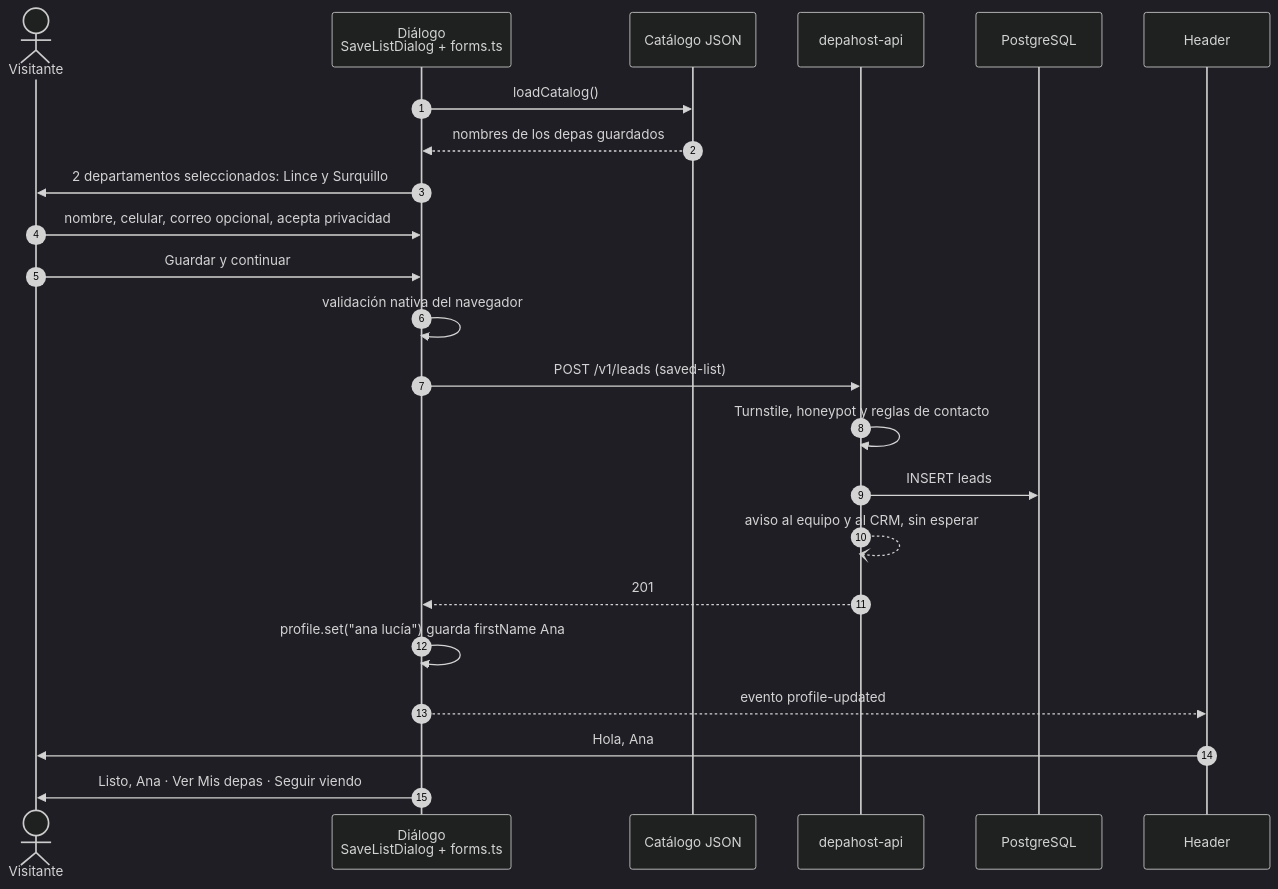
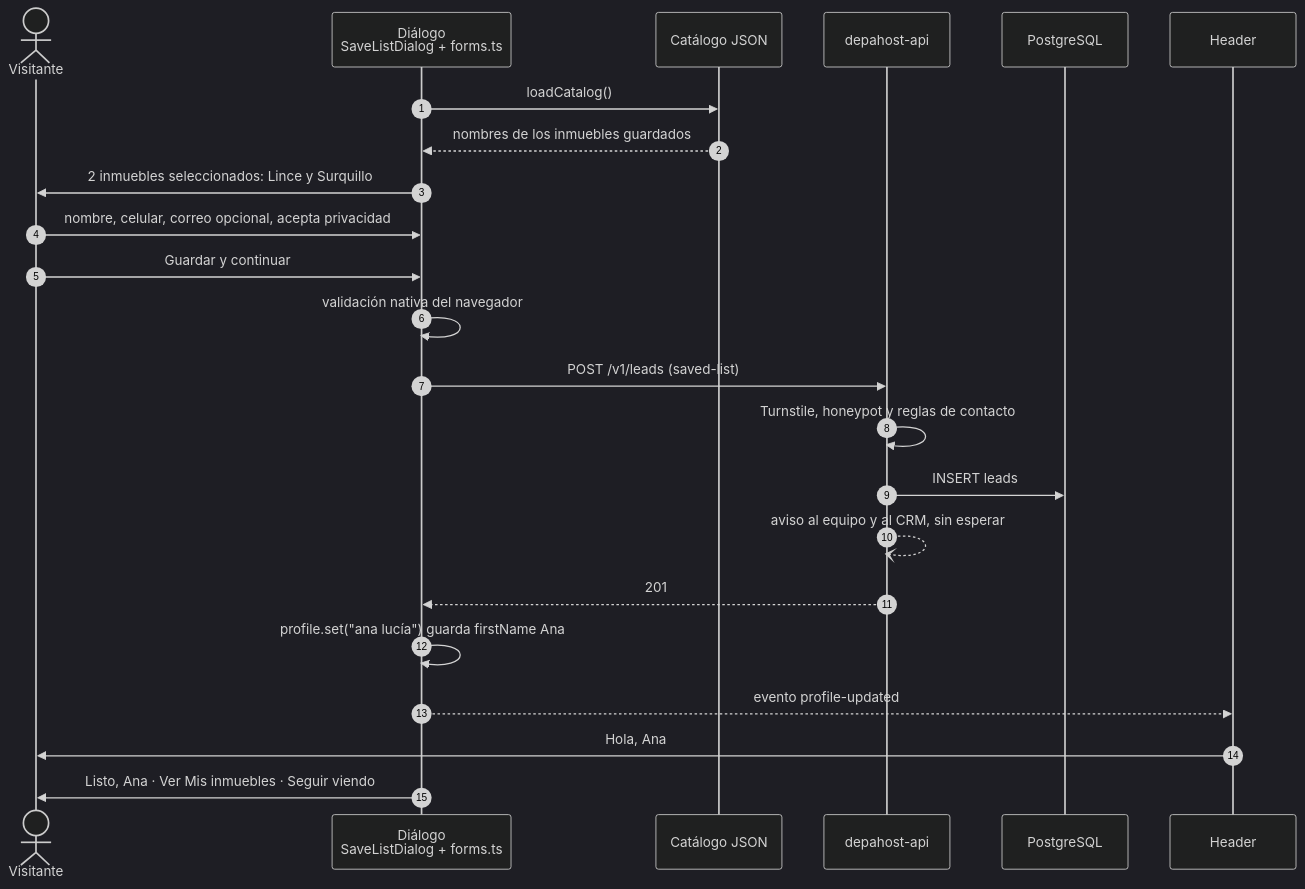
One commit to samirharrytl/DHC_landing changed the eighth of 18 diagrams in docs/plataforma/05-flujos.md. Above: the diagram before and after it, drawn with Mermaid (dark theme). The commit also changed other lines of this file and 72 other files, not shown here.

First line of the commit message:
Fuente Poppins como depahostperu.com, "Mis depas" pasa a "Mis inmuebles" y cambios en API y panel

````diff
--- a/docs/plataforma/05-flujos.md
+++ b/docs/plataforma/05-flujos.md
@@ -290,26 +290,26 @@
 ```mermaid
 sequenceDiagram
     autonumber
     actor V as Visitante
     participant D as Diálogo<br/>SaveListDialog + forms.ts
     participant CAT as Catálogo JSON
     participant API as depahost-api
     participant DB as PostgreSQL
     participant HD as Header
 
     D->>CAT: loadCatalog()
-    CAT-->>D: nombres de los depas guardados
-    D->>V: 2 departamentos seleccionados: Lince y Surquillo
+    CAT-->>D: nombres de los inmuebles guardados
+    D->>V: 2 inmuebles seleccionados: Lince y Surquillo
     V->>D: nombre, celular, correo opcional, acepta privacidad
     V->>D: Guardar y continuar
     D->>D: validación nativa del navegador
     D->>API: POST /v1/leads (saved-list)
     API->>API: Turnstile, honeypot y reglas de contacto
     API->>DB: INSERT leads
     API--)API: aviso al equipo y al CRM, sin esperar
     API-->>D: 201
     D->>D: profile.set("ana lucía") guarda firstName Ana
     D-->>HD: evento profile-updated
     HD->>V: Hola, Ana
-    D->>V: Listo, Ana · Ver Mis depas · Seguir viendo
+    D->>V: Listo, Ana · Ver Mis inmuebles · Seguir viendo
 ```
````
